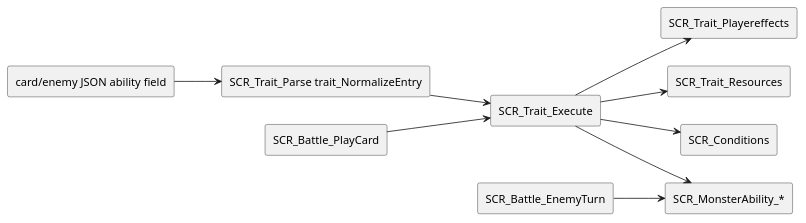
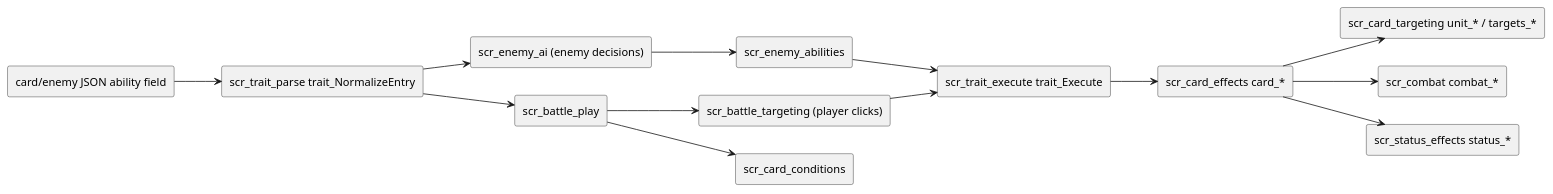
The diagram in reference/uml/07_traits.puml (ThienNhanOng/ProjectCardGame), drawn with PlantUML before and after one commit. The commit also changed 799 other files, not shown here.

```diff
--- a/reference/uml/07_traits.puml
+++ b/reference/uml/07_traits.puml
@@ -1,24 +1,31 @@
 @startuml 07_traits
 left to right direction
 skinparam componentStyle rectangle
 
 [card/enemy JSON ability field] as JSON
-[SCR_Trait_Parse trait_NormalizeEntry] as Parse
-[SCR_Trait_Execute] as Exec
-[SCR_Trait_Playereffects] as PE
-[SCR_Trait_Resources] as RES
-[SCR_Conditions] as COND
-[SCR_MonsterAbility_*] as MA
-[SCR_Battle_PlayCard] as PlayCard
-[SCR_Battle_EnemyTurn] as EnemyTurn
+[scr_trait_parse trait_NormalizeEntry] as Parse
+[scr_battle_targeting (player clicks)] as Click
+[scr_enemy_ai (enemy decisions)] as AI
+[scr_trait_execute trait_Execute] as Exec
+[scr_card_effects card_*] as FX
+[scr_card_targeting unit_* / targets_*] as TGT
+[scr_combat combat_*] as COMBAT
+[scr_status_effects status_*] as STATUS
+[scr_card_conditions] as COND
+[scr_battle_play] as Play
+[scr_enemy_abilities] as EA
 
 JSON --> Parse
-Parse --> Exec
-Exec --> PE
-Exec --> RES
-Exec --> COND
-Exec --> MA
-PlayCard --> Exec
-EnemyTurn --> MA
+Parse --> Play
+Parse --> AI
+Play --> Click
+Click --> Exec
+AI --> EA
+EA --> Exec
+Exec --> FX
+FX --> TGT
+FX --> COMBAT
+FX --> STATUS
+Play --> COND
 
 @enduml
```
